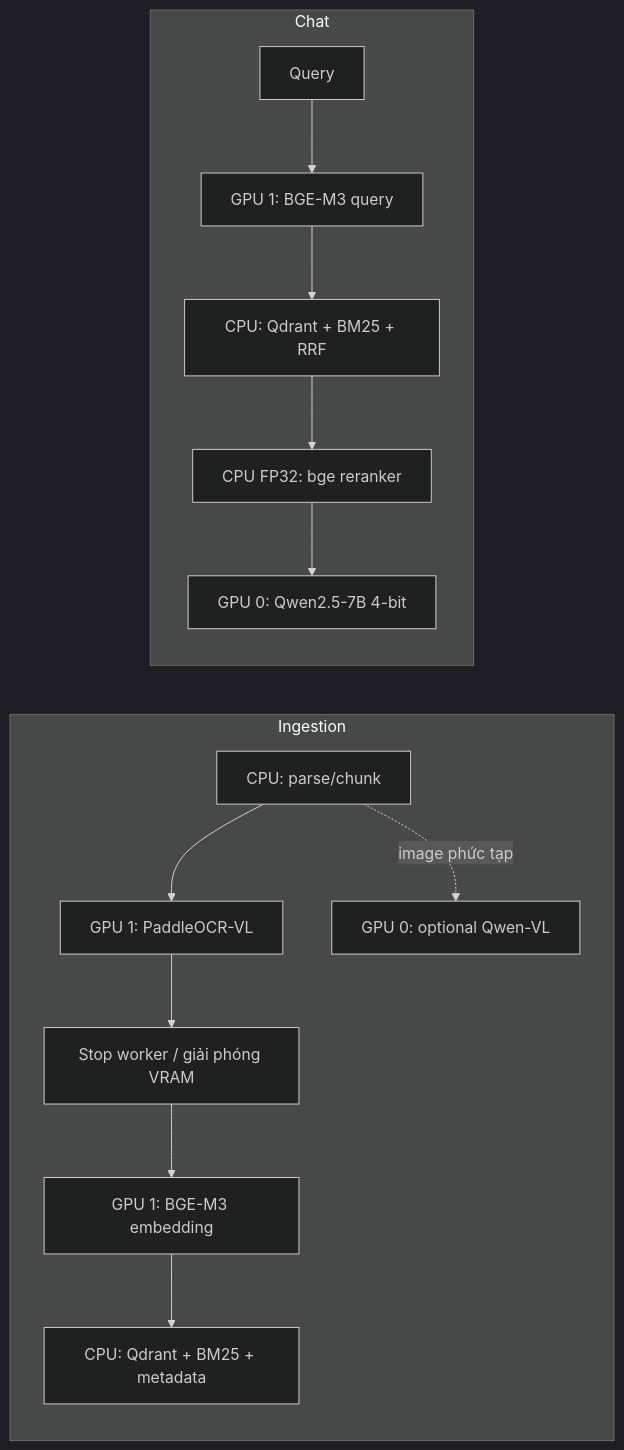
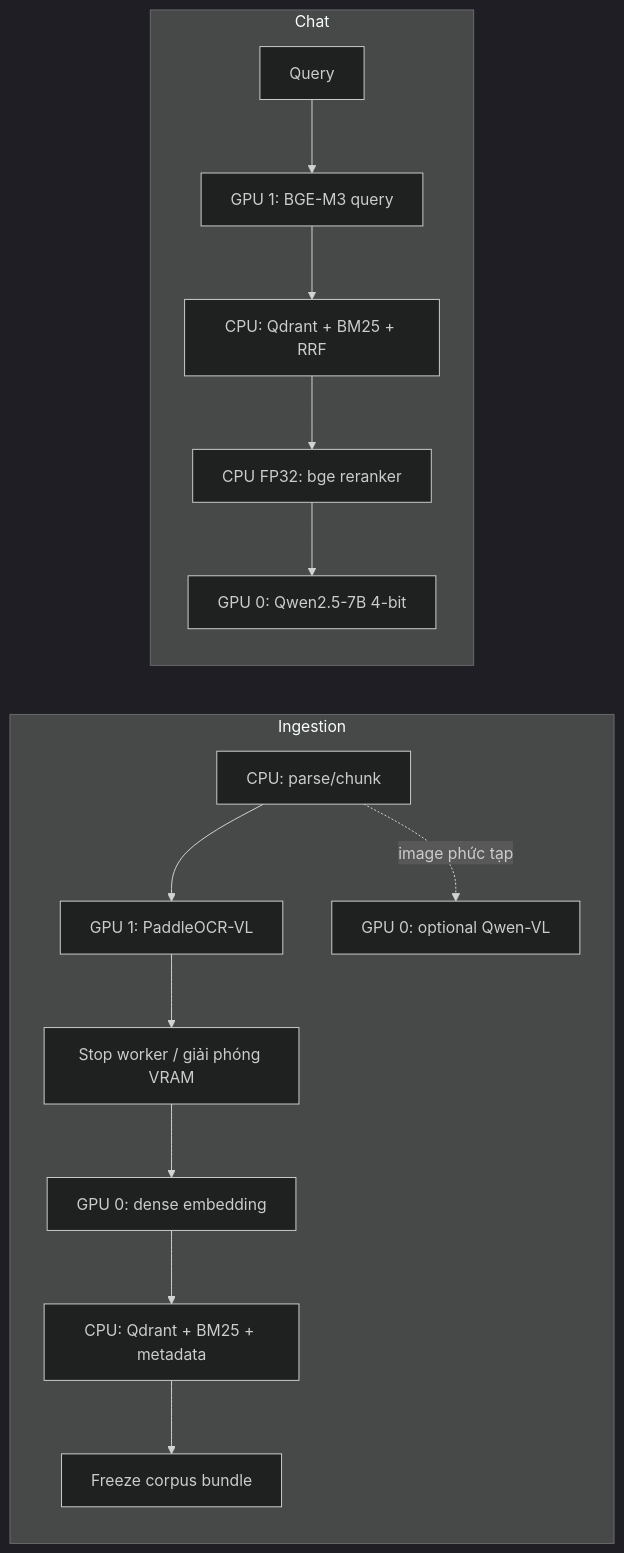
The seventh of 7 diagrams in Architecture.md (NhoDung/RAG-basic), drawn with Mermaid (dark theme) before and after one commit. The commit also changed other lines of this file and 22 other files, not shown here.

````diff
--- a/Architecture.md
+++ b/Architecture.md
@@ -405,17 +363,18 @@
 ```mermaid
 flowchart LR
     subgraph ING[Ingestion]
         Parse[CPU: parse/chunk] --> OCR[GPU 1: PaddleOCR-VL]
         OCR --> StopOCR[Stop worker / giải phóng VRAM]
-        StopOCR --> Embed[GPU 1: BGE-M3 embedding]
+        StopOCR --> Embed[GPU 0: dense embedding]
         Embed --> Persist[CPU: Qdrant + BM25 + metadata]
+        Persist --> Freeze[Freeze corpus bundle]
         Parse -. image phức tạp .-> VLM[GPU 0: optional Qwen-VL]
     end
 
     subgraph CHAT[Chat]
         Query[Query] --> QueryEmbed[GPU 1: BGE-M3 query]
         QueryEmbed --> Search[CPU: Qdrant + BM25 + RRF]
         Search --> Rerank[CPU FP32: bge reranker]
         Rerank --> Generate[GPU 0: Qwen2.5-7B 4-bit]
     end
 ```
````
